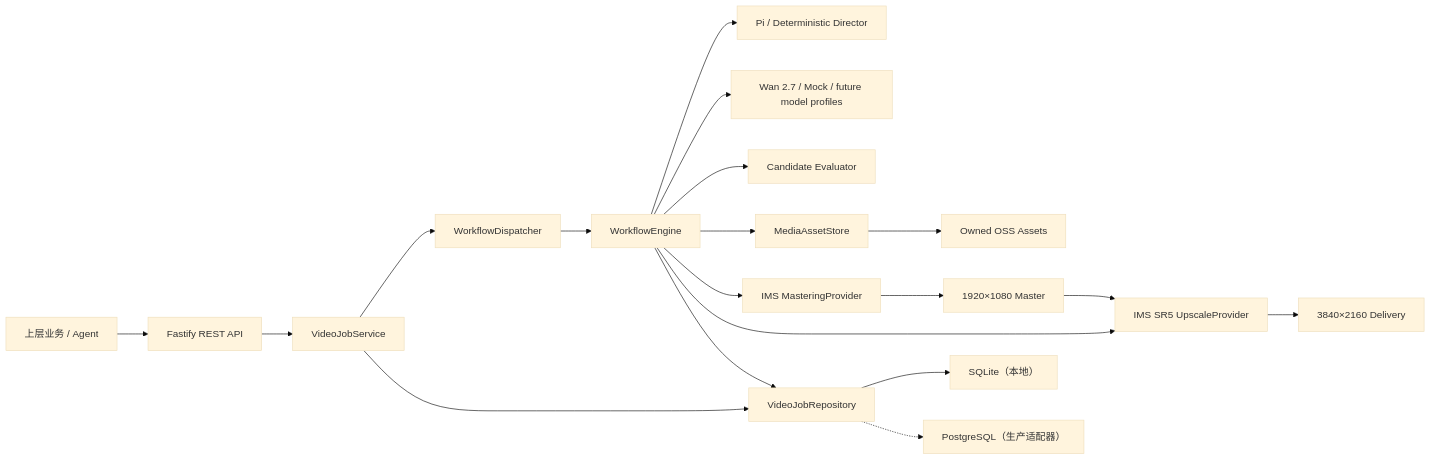
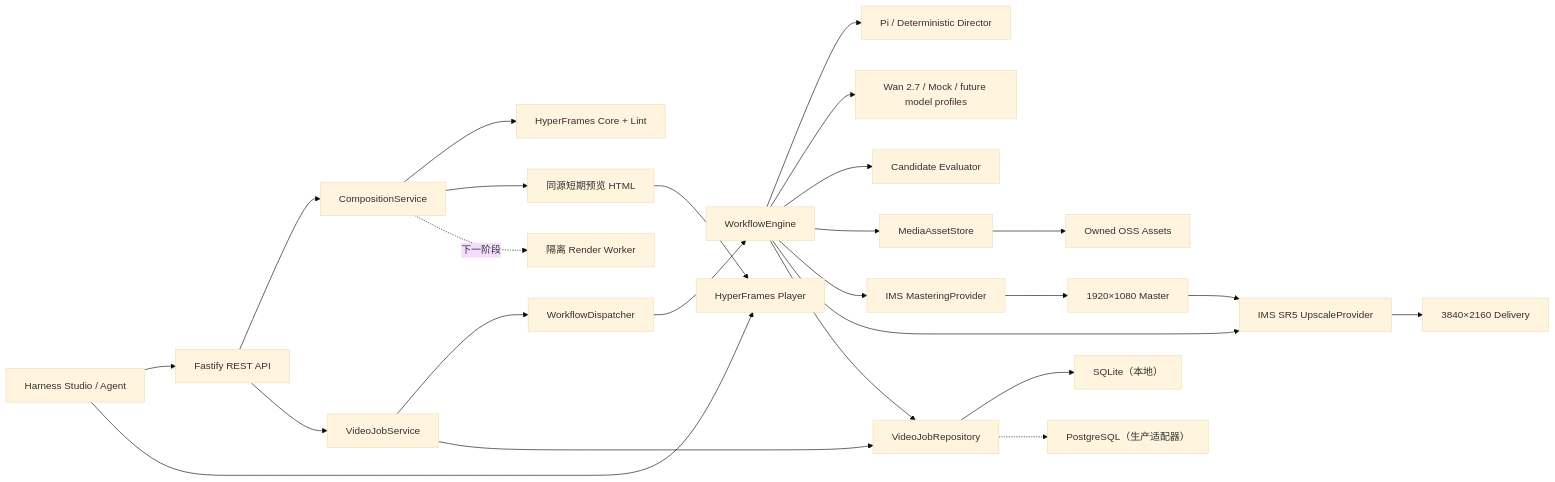
Before and after one commit to devWayne/video-agent-harness: the diagram in docs/ARCHITECTURE.md, drawn with Mermaid (base theme). The commit also changed other lines of this file and 15 other files, not shown here.

Commit message:
feat: integrate HyperFrames composition previews

````diff
--- a/docs/ARCHITECTURE.md
+++ b/docs/ARCHITECTURE.md
@@ -5,21 +5,27 @@
 ```mermaid
 flowchart LR
-  Client["上层业务 / Agent"] --> API["Fastify REST API"]
+  Client["Harness Studio / Agent"] --> API["Fastify REST API"]
+  Client --> Player["HyperFrames Player"]
+  API --> Composition["CompositionService"]
+  Composition --> Core["HyperFrames Core + Lint"]
+  Composition --> Preview["同源短期预览 HTML"]
+  Preview --> Player
+  Composition -. "下一阶段" .-> Render["隔离 Render Worker"]
   API --> Service["VideoJobService"]
   Service --> Queue["WorkflowDispatcher"]
   Queue --> Workflow["WorkflowEngine"]
   Workflow --> Director["Pi / Deterministic Director"]
   Workflow --> Provider["Wan 2.7 / Mock / future model profiles"]
   Workflow --> Evaluator["Candidate Evaluator"]
   Workflow --> Store["MediaAssetStore"]
   Store --> OSS["Owned OSS Assets"]
   Workflow --> Master["IMS MasteringProvider"]
   Master --> HD["1920×1080 Master"]
   Workflow --> Upscale["IMS SR5 UpscaleProvider"]
   HD --> Upscale
   Upscale --> UHD["3840×2160 Delivery"]
   Service --> Repository["VideoJobRepository"]
   Workflow --> Repository
   Repository --> SQLite["SQLite（本地）"]
   Repository -.-> Postgres["PostgreSQL（生产适配器）"]
 ```
````
